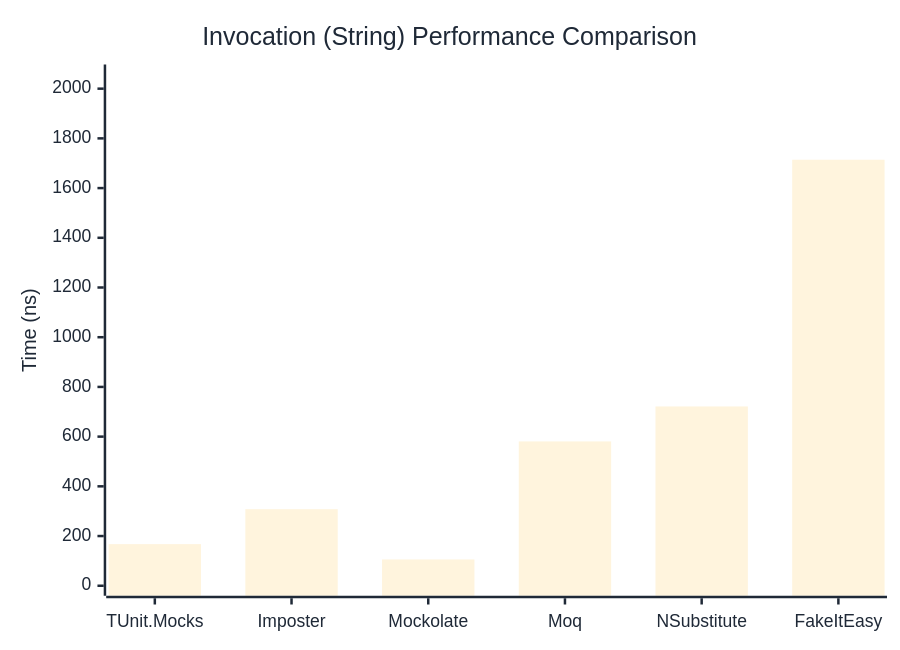
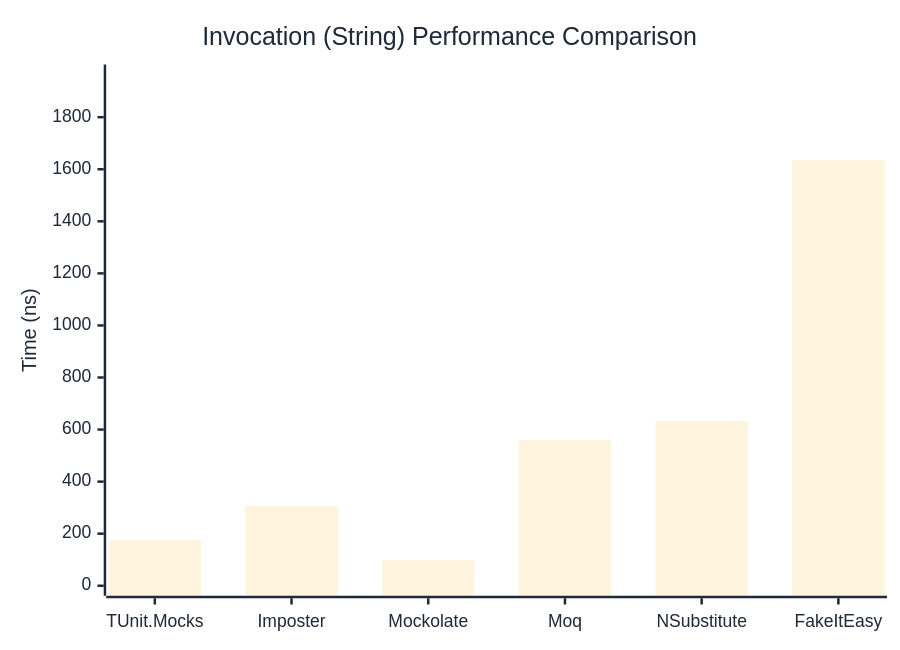
One commit to thomhurst/TUnit changed the second of 3 diagrams in docs/docs/benchmarks/mocks/Invocation.md. Above: the diagram before and after it, drawn with Mermaid. The commit also changed other lines of this file and 14 other files, not shown here.

````diff
--- a/docs/docs/benchmarks/mocks/Invocation.md
+++ b/docs/docs/benchmarks/mocks/Invocation.md
@@ -71,27 +71,27 @@
 ```mermaid
 %%{init: {
   'theme':'base',
   'themeVariables': {
     'primaryColor': '#2563eb',
     'primaryTextColor': '#1f2937',
     'primaryBorderColor': '#1e40af',
     'lineColor': '#6b7280',
     'secondaryColor': '#7c3aed',
     'tertiaryColor': '#dc2626',
     'background': '#ffffff',
     'pie1': '#2563eb',
     'pie2': '#7c3aed',
     'pie3': '#dc2626',
     'pie4': '#f59e0b',
     'pie5': '#10b981',
     'pie6': '#06b6d4',
     'pie7': '#ec4899',
     'pie8': '#6366f1'
   }
 }}%%
 xychart-beta
   title "Invocation (String) Performance Comparison"
   x-axis ["TUnit.Mocks", "Imposter", "Mockolate", "Moq", "NSubstitute", "FakeItEasy"]
-  y-axis "Time (ns)" 0 --> 2057
-  bar [167.5, 308.1, 105.8, 580.7, 721.4, 1714.1]
+  y-axis "Time (ns)" 0 --> 1964
+  bar [174.79, 306.81, 98.06, 558.28, 632.93, 1636.07]
 ```
````
